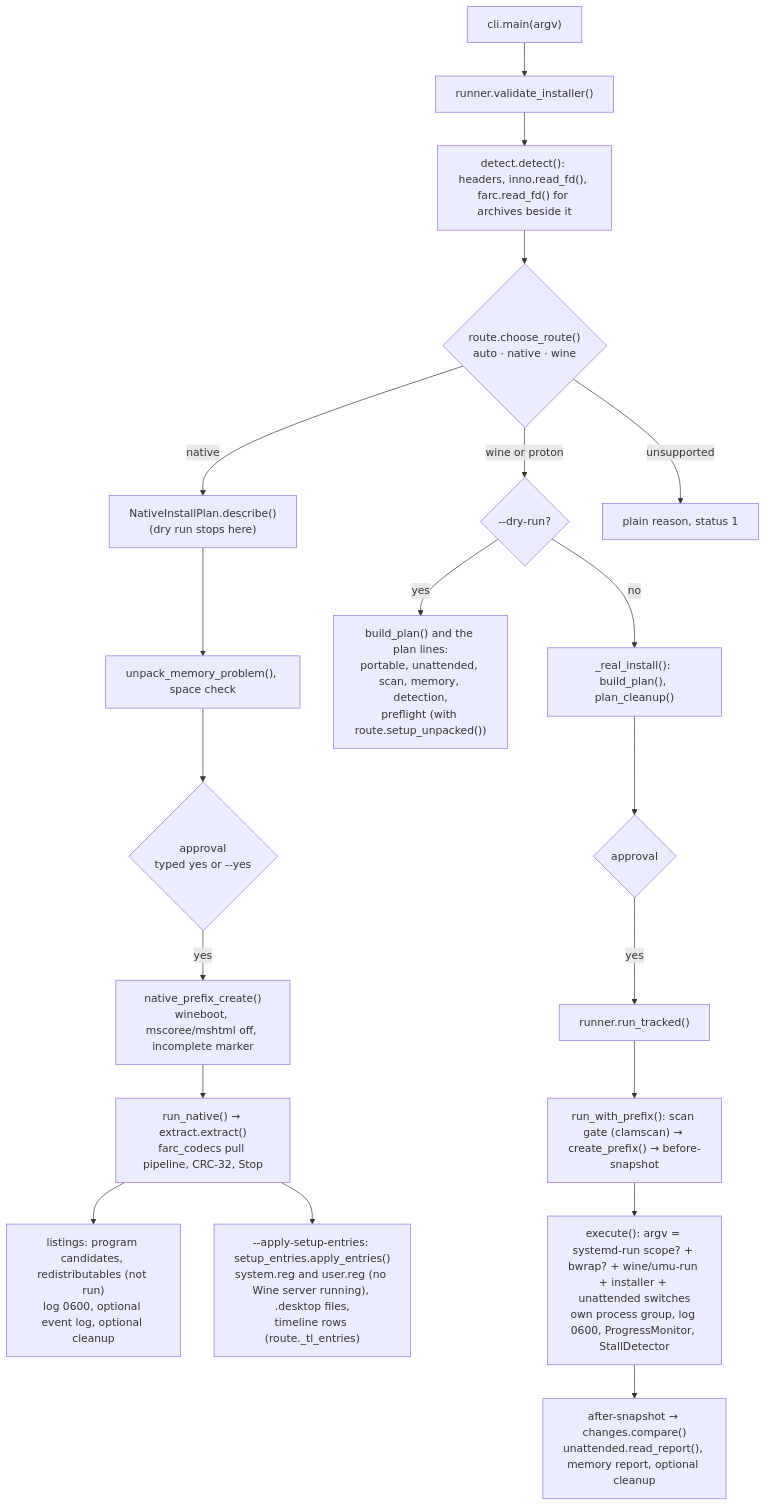
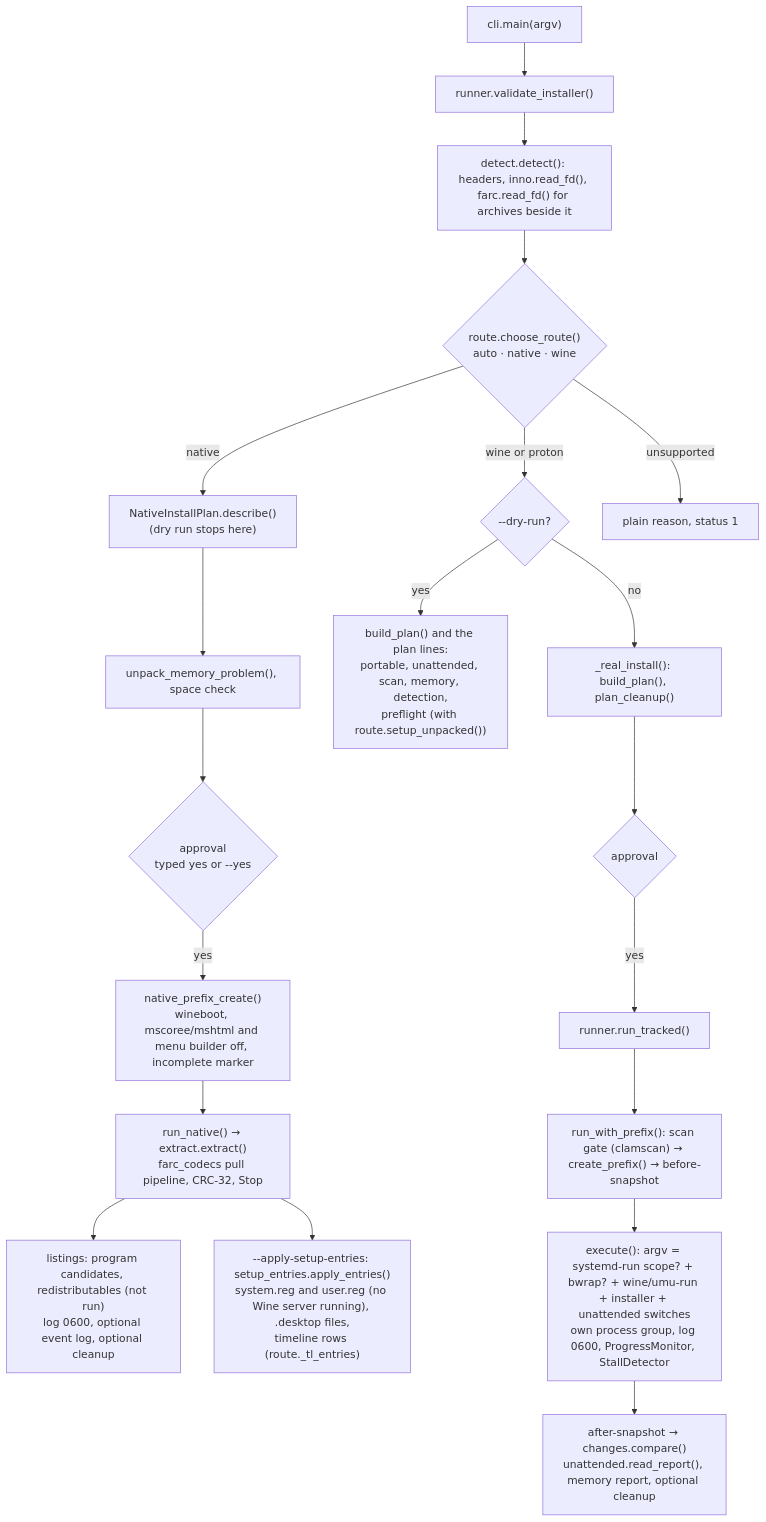
One commit to undecuple/gitfurl changed the third of 6 diagrams in docs/code-map.md. Above: the diagram before and after it, drawn with Mermaid. The commit also changed other lines of this file and 16 other files, not shown here.

Commit message:
Keep Wine's menu builder off for every Wine process gitfurl starts (#64)

````diff
--- a/docs/code-map.md
+++ b/docs/code-map.md
@@ -113,22 +113,22 @@
 ```mermaid
 flowchart TD
   A["cli.main(argv)"] --> B["runner.validate_installer()"]
   B --> C["detect.detect(): headers, inno.read_fd(), farc.read_fd() for archives beside it"]
   C --> D{"route.choose_route()<br/>auto · native · wine"}
   D -->|native| N1["NativeInstallPlan.describe()<br/>(dry run stops here)"]
   N1 --> N2["unpack_memory_problem(), space check"]
   N2 --> N3{"approval<br/>typed yes or --yes"}
-  N3 -->|yes| N4["native_prefix_create()<br/>wineboot, mscoree/mshtml off, incomplete marker"]
+  N3 -->|yes| N4["native_prefix_create()<br/>wineboot, mscoree/mshtml and menu builder off, incomplete marker"]
   N4 --> N5["run_native() → extract.extract()<br/>farc_codecs pull pipeline, CRC-32, Stop"]
   N5 --> N6["listings: program candidates, redistributables (not run)<br/>log 0600, optional event log, optional cleanup"]
   N5 --> N7["--apply-setup-entries: setup_entries.apply_entries()<br/>system.reg and user.reg (no Wine server running), .desktop files,<br/>timeline rows (route._tl_entries)"]
   D -->|wine or proton| W0{"--dry-run?"}
   W0 -->|yes| W1["build_plan() and the plan lines:<br/>portable, unattended, scan, memory, detection,<br/>preflight (with route.setup_unpacked())"]
   W0 -->|no| W2["_real_install(): build_plan(), plan_cleanup()"]
   W2 --> W3{"approval"}
   W3 -->|yes| W4["runner.run_tracked()"]
   W4 --> W5["run_with_prefix(): scan gate (clamscan) → create_prefix() → before-snapshot"]
   W5 --> W6["execute(): argv = systemd-run scope? + bwrap? + wine/umu-run + installer + unattended switches<br/>own process group, log 0600, ProgressMonitor, StallDetector"]
   W6 --> W7["after-snapshot → changes.compare()<br/>unattended.read_report(), memory report, optional cleanup"]
   D -->|unsupported| X["plain reason, status 1"]
 ```
````
